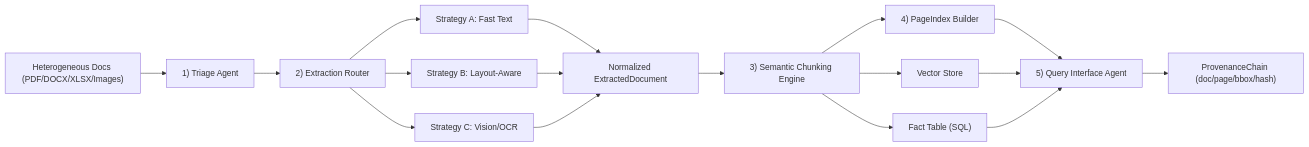
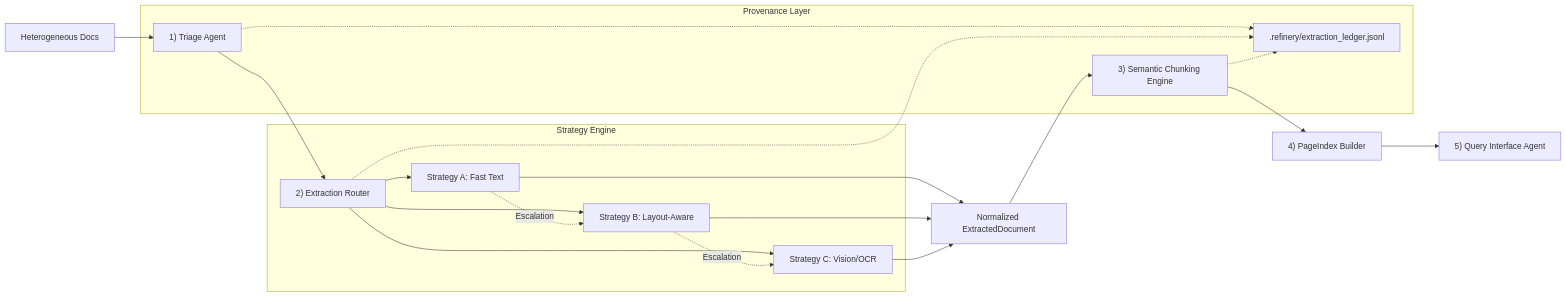
The second of 2 diagrams in DOMAIN_NOTES.md (Gersum/DocRefinery), drawn with Mermaid before and after one commit. The commit also changed other lines of this file and 2 other files, not shown here.

````diff
--- a/DOMAIN_NOTES.md
+++ b/DOMAIN_NOTES.md
@@ -110,19 +136,22 @@
 ```mermaid
 flowchart LR
-    src["Heterogeneous Docs (PDF/DOCX/XLSX/Images)"] --> triage["1) Triage Agent"]
+    src["Heterogeneous Docs"] --> triage["1) Triage Agent"]
     triage --> router["2) Extraction Router"]
+    
+    subgraph "Strategy Engine"
     router --> A["Strategy A: Fast Text"]
     router --> B["Strategy B: Layout-Aware"]
     router --> C["Strategy C: Vision/OCR"]
-    A --> norm["Normalized ExtractedDocument"]
-    B --> norm
-    C --> norm
+    A -.Escalation.-> B
+    B -.Escalation.-> C
+    end
+    
+    A & B & C --> norm["Normalized ExtractedDocument"]
     norm --> chunk["3) Semantic Chunking Engine"]
     chunk --> index["4) PageIndex Builder"]
-    chunk --> vec["Vector Store"]
-    chunk --> fact["Fact Table (SQL)"]
     index --> query["5) Query Interface Agent"]
-    vec --> query
-    fact --> query
-    query --> prov["ProvenanceChain (doc/page/bbox/hash)"]
+    
+    subgraph "Provenance Layer"
+    triage & router & chunk -.-> ledger[".refinery/extraction_ledger.jsonl"]
+    end
 ```
````
